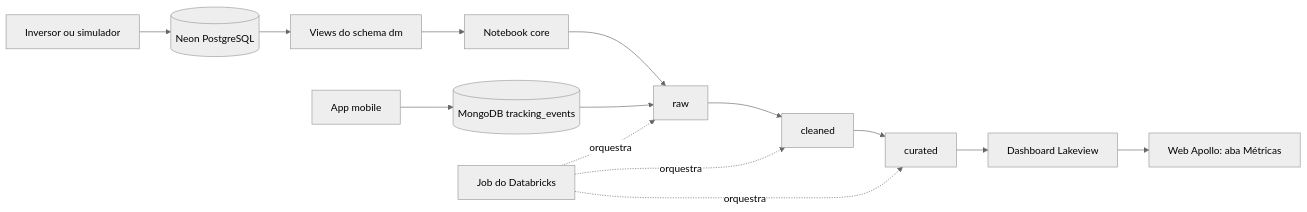
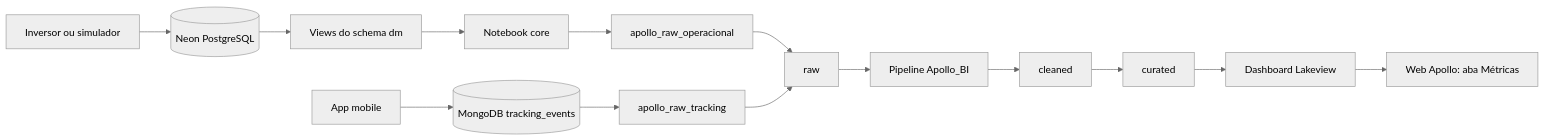
One commit to ApolloOficial/Apollo-BI changed the diagram in README.md. Above: the diagram before and after it, drawn with Mermaid (neutral theme). The commit also changed other lines of this file and 13 other files, not shown here.

Commit message:
feat: add declarative Databricks pipeline and rewrite pipeline docs

````diff
--- a/README.md
+++ b/README.md
@@ -157,16 +155,16 @@
 ```mermaid
 flowchart LR
     I[Inversor ou simulador] --> N[(Neon PostgreSQL)]
     N --> DM[Views do schema dm]
     DM --> C[Notebook core]
     M[App mobile] --> MG[(MongoDB tracking_events)]
-    C --> R[raw]
-    MG --> R
-    R --> CL[cleaned]
+    C --> RO[apollo_raw_operacional]
+    MG --> RT[apollo_raw_tracking]
+    RO --> R[raw]
+    RT --> R
+    R --> P[Pipeline Apollo_BI]
+    P --> CL[cleaned]
     CL --> CU[curated]
     CU --> D[Dashboard Lakeview]
     D --> W[Web Apollo: aba Métricas]
-    J[Job do Databricks] -. orquestra .-> R
-    J -. orquestra .-> CL
-    J -. orquestra .-> CU
 ```
````
